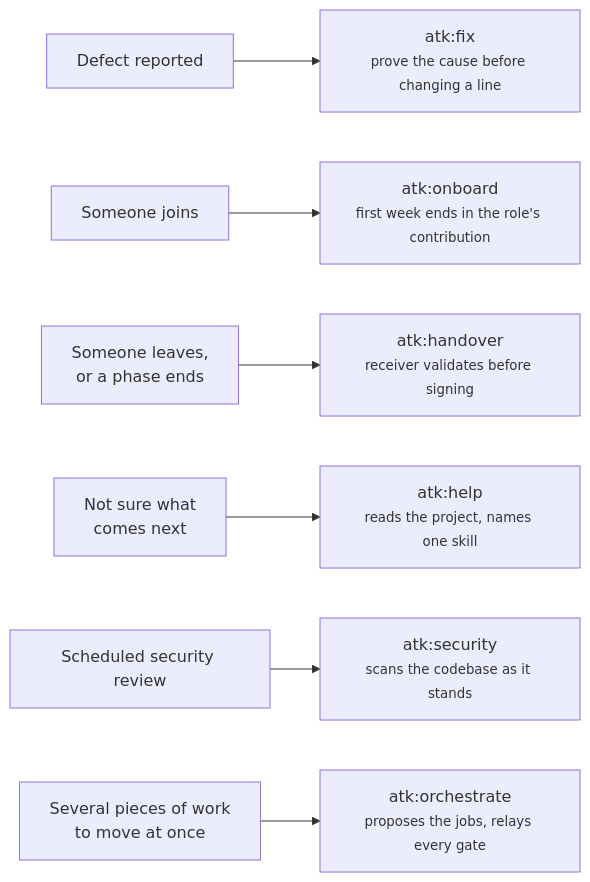
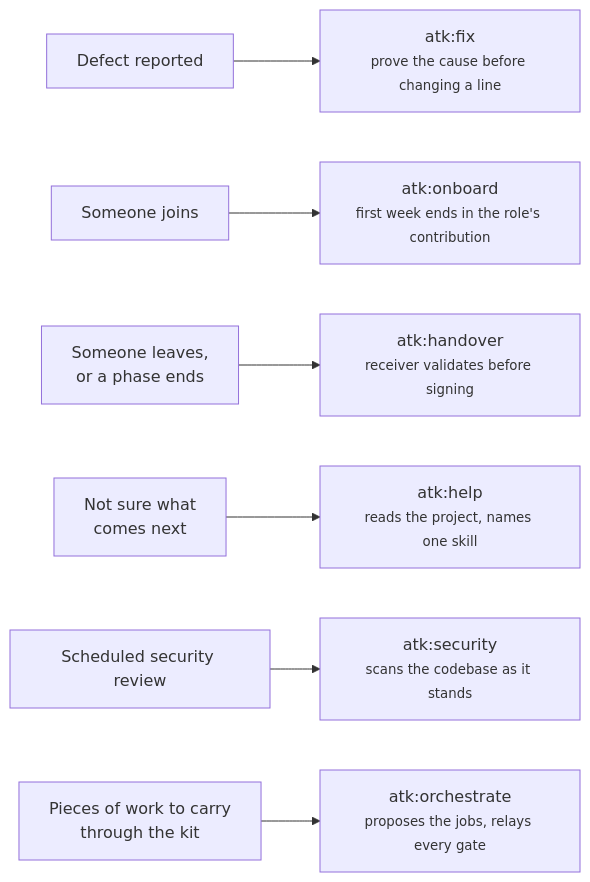
Before and after one commit to lamngockhuong/aiteamkit: the third of 3 diagrams in docs/flow/project-flow.md, drawn with Mermaid. The commit also changed other lines of this file and 27 other files, not shown here.

Commit message:
fix: let orchestrate read past an unpushed branch, run atk:init before worktrees, and gate hook changes

````diff
--- a/docs/flow/project-flow.md
+++ b/docs/flow/project-flow.md
@@ -165,9 +165,9 @@
 ```mermaid
 flowchart LR
     X1["Defect reported"] --> X2["atk:fix<br/><small>prove the cause before changing a line</small>"]
     X3["Someone joins"] --> X4["atk:onboard<br/><small>first week ends in the role's contribution</small>"]
     X5["Someone leaves,<br/>or a phase ends"] --> X6["atk:handover<br/><small>receiver validates before signing</small>"]
     X7["Not sure what<br/>comes next"] --> X8["atk:help<br/><small>reads the project, names one skill</small>"]
     X9["Scheduled security review"] --> X10["atk:security<br/><small>scans the codebase as it stands</small>"]
-    X11["Several pieces of work<br/>to move at once"] --> X12["atk:orchestrate<br/><small>proposes the jobs, relays every gate</small>"]
+    X11["Pieces of work to carry<br/>through the kit"] --> X12["atk:orchestrate<br/><small>proposes the jobs, relays every gate</small>"]
 ```
````
